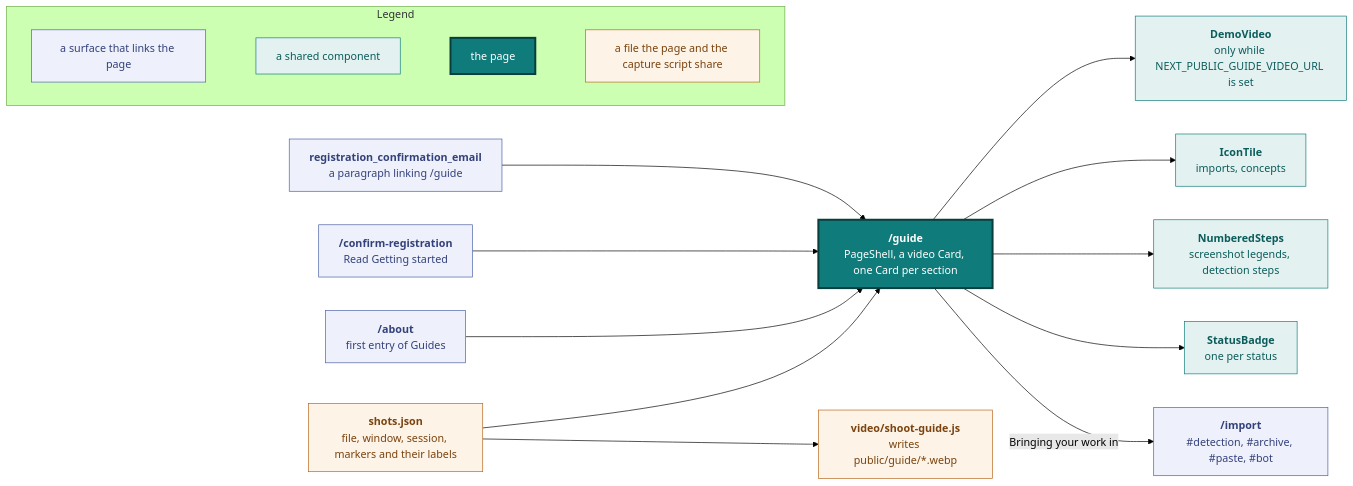
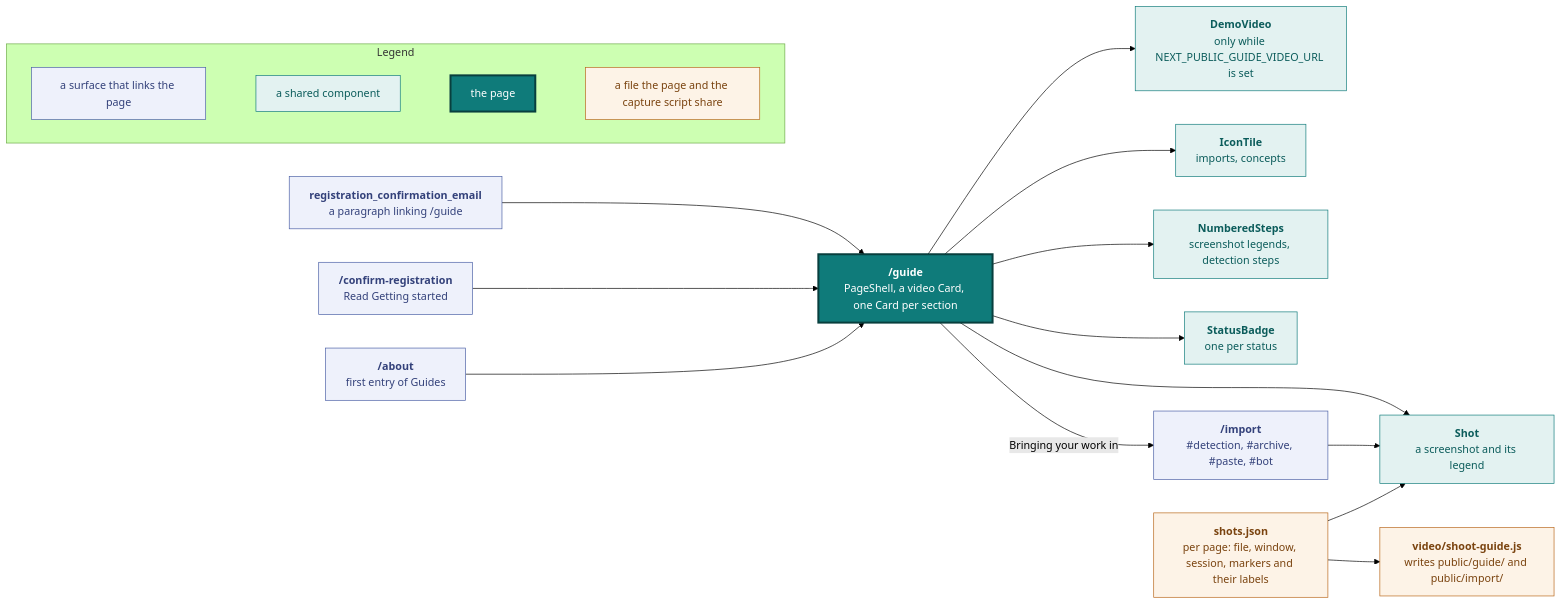
One commit to vidithq/vidit changed the third of 12 diagrams in docs/design.md. Above: the diagram before and after it, drawn with Mermaid (forest theme). The commit also changed other lines of this file and 11 other files, not shown here.

````diff
--- a/docs/design.md
+++ b/docs/design.md
@@ -364,50 +364,54 @@
 ```mermaid
 flowchart LR
   classDef spec fill:#eef1fb,stroke:#4a5fa5,color:#33417a
   classDef shared fill:#e3f2f1,stroke:#0f7b7a,color:#0b5c5b
   classDef core fill:#0f7b7a,stroke:#083f3e,stroke-width:3px,color:#ffffff
   classDef data fill:#fdf3e7,stroke:#b8661a,color:#7a430f
 
   subgraph legend [Legend]
     direction LR
     l1["`a surface that links the page`"]:::spec
     l2["`a shared component`"]:::shared
     l3["`the page`"]:::core
     l4["`a file the page and the capture script share`"]:::data
     l1 ~~~ l2 ~~~ l3 ~~~ l4
   end
 
   email["`**registration_confirmation_email**
   a paragraph linking /guide`"]:::spec
   confirm["`**/confirm-registration**
   Read Getting started`"]:::spec
   about["`**/about**
   first entry of Guides`"]:::spec
   page["`**/guide**
   PageShell, a video Card, one Card per section`"]:::core
   video["`**DemoVideo**
   only while NEXT_PUBLIC_GUIDE_VIDEO_URL is set`"]:::shared
   tiles["`**IconTile**
   imports, concepts`"]:::shared
   steps["`**NumberedSteps**
   screenshot legends, detection steps`"]:::shared
   badge["`**StatusBadge**
   one per status`"]:::shared
+  shot["`**Shot**
+  a screenshot and its legend`"]:::shared
   shots["`**shots.json**
-  file, window, session, markers and their labels`"]:::data
+  per page: file, window, session, markers and their labels`"]:::data
   script["`**video/shoot-guide.js**
-  writes public/guide/*.webp`"]:::data
+  writes public/guide/ and public/import/`"]:::data
   imp["`**/import**
   #detection, #archive, #paste, #bot`"]:::spec
 
   email --> page
   confirm --> page
   about --> page
   page --> video
   page --> tiles
   page --> steps
   page --> badge
-  shots --> page
+  page --> shot
+  imp --> shot
+  shots --> shot
   shots --> script
   page -->|"Bringing your work in"| imp
 ```
````
